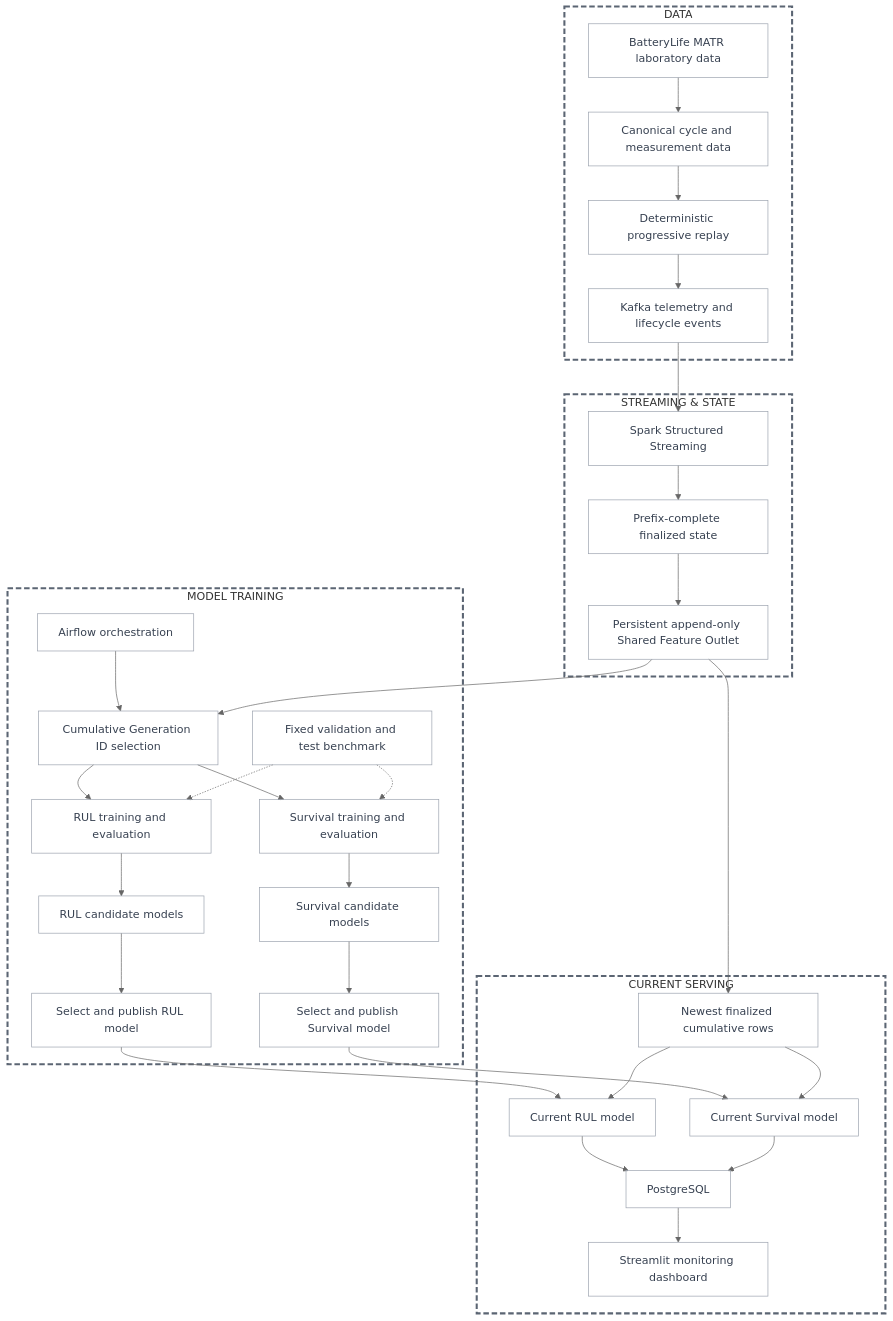
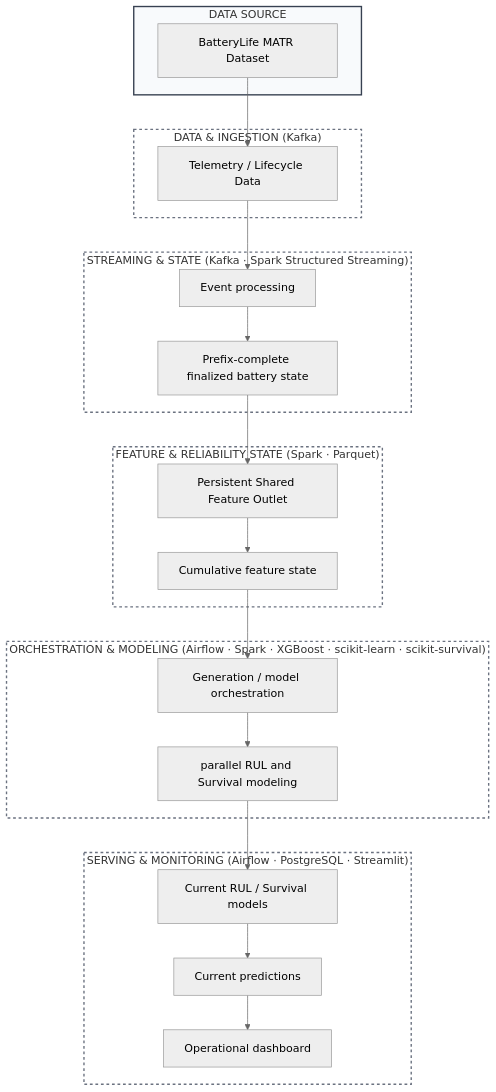
Before and after one commit to YinaLiLi/Battery-Reliability-Platform: the diagram in README.md, drawn with Mermaid (neutral theme). The commit also changed other lines of this file and 3 other files, not shown here.

Commit message:
docs: refine architecture and platform setup

````diff
--- a/README.md
+++ b/README.md
@@ -33,45 +24,51 @@
 ```mermaid
-flowchart TD
-    subgraph DATA["DATA"]
-        MATR["BatteryLife MATR laboratory data"] --> CANON["Canonical cycle and measurement data"]
-        CANON --> REPLAY["Deterministic progressive replay"]
-        REPLAY --> KAFKA["Kafka telemetry and lifecycle events"]
-    end
+flowchart TB
+  subgraph SRC["DATA SOURCE"]
+    BAT["BatteryLife MATR Dataset"]
+  end
 
-    subgraph STATE["STREAMING & STATE"]
-        KAFKA --> SPARK["Spark Structured Streaming"]
-        SPARK --> FINAL["Prefix-complete finalized state"]
-        FINAL --> OUTLET["Persistent append-only Shared Feature Outlet"]
-    end
+  subgraph ING["DATA & INGESTION (Kafka)"]
+    I1["Telemetry / Lifecycle Data"]
+  end
 
-    subgraph MODEL["MODEL TRAINING"]
-        AIRFLOW["Airflow orchestration"] --> SELECT["Cumulative Generation ID selection"]
-        OUTLET --> SELECT
-        SELECT --> RULTRAIN["RUL training and evaluation"]
-        SELECT --> SURVTRAIN["Survival training and evaluation"]
-        RULTRAIN --> RULCAND["RUL candidate models"]
-        SURVTRAIN --> SURVCAND["Survival candidate models"]
-        RULCAND --> RULPROMO["Select and publish RUL model"]
-        SURVCAND --> SURVPROMO["Select and publish Survival model"]
-        BENCH["Fixed validation and test benchmark"] -.-> RULTRAIN
-        BENCH -.-> SURVTRAIN
-    end
+  subgraph STR["STREAMING & STATE (Kafka · Spark Structured Streaming)"]
+    ST1["Event processing"]
+    ST2["Prefix-complete finalized battery state"]
+    ST1 --> ST2
+  end
 
-    subgraph SERVE["CURRENT SERVING"]
-        OUTLET --> CURRENT["Newest finalized cumulative rows"]
-        RULPROMO --> RULMODEL["Current RUL model"]
-        SURVPROMO --> SURVMODEL["Current Survival model"]
-        CURRENT --> RULMODEL
-        CURRENT --> SURVMODEL
-        RULMODEL --> PG["PostgreSQL"]
-        SURVMODEL --> PG
-        PG --> DASH["Streamlit monitoring dashboard"]
-    end
+  subgraph FS["FEATURE & RELIABILITY STATE (Spark · Parquet)"]
+    F1["Persistent Shared Feature Outlet"]
+    F2["Cumulative feature state"]
+    F1 --> F2
+  end
 
-    classDef component fill:transparent,stroke:#9ca3af,color:#374151;
-    class MATR,CANON,REPLAY,KAFKA,SPARK,FINAL,OUTLET,AIRFLOW,SELECT,RULTRAIN,SURVTRAIN,RULCAND,SURVCAND,RULPROMO,SURVPROMO,BENCH,CURRENT,RULMODEL,SURVMODEL,PG,DASH component;
-    style DATA fill:transparent,stroke:#5b6573,stroke-width:3px,stroke-dasharray:8 4;
-    style STATE fill:transparent,stroke:#5b6573,stroke-width:3px,stroke-dasharray:8 4;
-    style MODEL fill:transparent,stroke:#5b6573,stroke-width:3px,stroke-dasharray:8 4;
-    style SERVE fill:transparent,stroke:#5b6573,stroke-width:3px,stroke-dasharray:8 4;
+  subgraph OM["ORCHESTRATION & MODELING (Airflow · Spark · XGBoost · scikit-learn · scikit-survival)"]
+    OM1["Generation / model orchestration"]
+    OM2["parallel RUL and Survival modeling"]
+    OM1 --> OM2
+  end
+
+  subgraph SM["SERVING & MONITORING (Airflow · PostgreSQL · Streamlit)"]
+    S1["Current RUL / Survival models"]
+    S2["Current predictions"]
+    S3["Operational dashboard"]
+    S1 --> S2
+    S2 --> S3
+  end
+
+  BAT --> I1
+  I1 --> ST1
+  ST2 --> F1
+  F2 --> OM1
+  OM2 --> S1
+
+classDef layerBox fill:none,stroke:#6b7280,stroke-width:2px,stroke-dasharray:4 4;
+classDef sourceBox fill:#f8fafc,stroke:#374151,stroke-width:2px;
+class SRC sourceBox
+class ING layerBox
+class STR layerBox
+class FS layerBox
+class OM layerBox
+class SM layerBox
 ```
````
